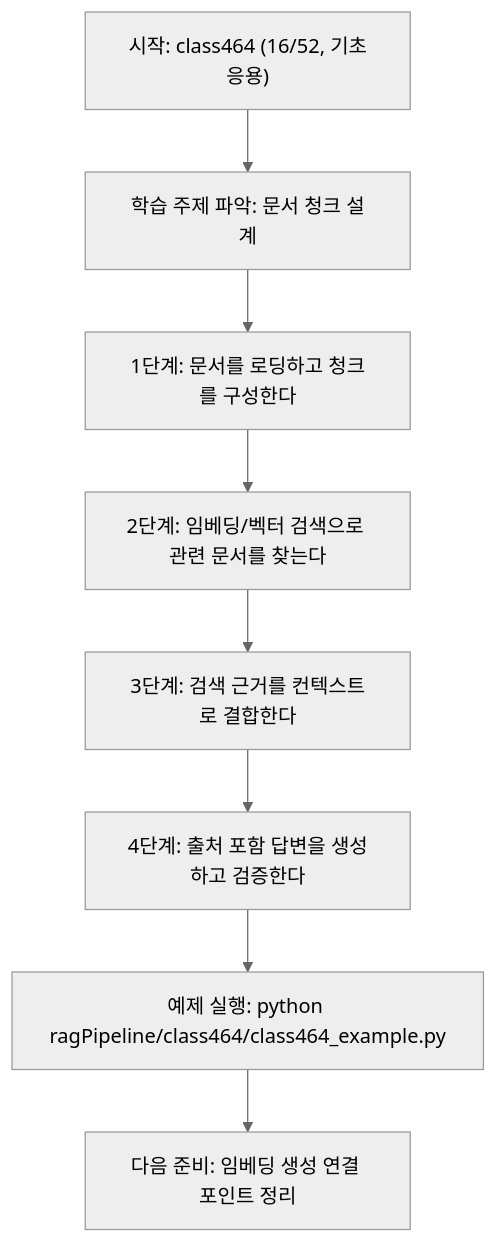
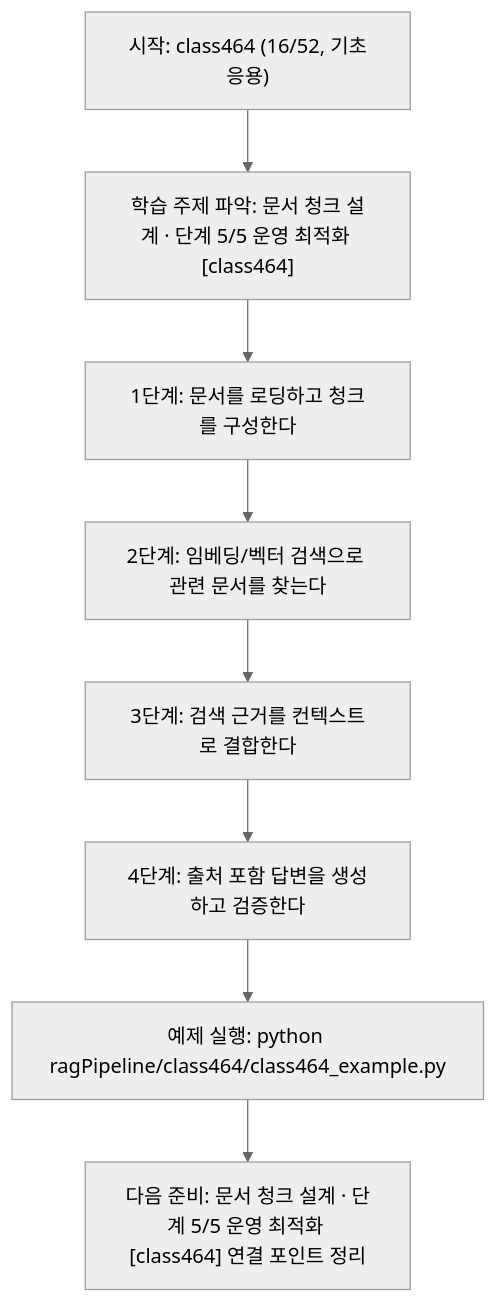
One commit to edumgt/Python-AI_Agent-Class changed the diagram in ragPipeline/class464/class464.md. Above: the diagram before and after it, drawn with Mermaid (neutral theme). The commit also changed other lines of this file and 522 other files, not shown here.

````diff
--- a/ragPipeline/class464/class464.md
+++ b/ragPipeline/class464/class464.md
@@ -110,18 +111,18 @@
 ```mermaid
 flowchart TD
 N1["시작: class464 (16/52, 기초응용)"]
-N2["학습 주제 파악: 문서 청크 설계"]
+N2["학습 주제 파악: 문서 청크 설계 · 단계 5/5 운영 최적화 [class464]"]
 N3["1단계: 문서를 로딩하고 청크를 구성한다"]
 N4["2단계: 임베딩/벡터 검색으로 관련 문서를 찾는다"]
 N5["3단계: 검색 근거를 컨텍스트로 결합한다"]
 N6["4단계: 출처 포함 답변을 생성하고 검증한다"]
 N7["예제 실행: python ragPipeline/class464/class464_example.py"]
-N8["다음 준비: 임베딩 생성 연결 포인트 정리"]
+N8["다음 준비: 문서 청크 설계 · 단계 5/5 운영 최적화 [class464] 연결 포인트 정리"]
 N1 --> N2
 N2 --> N3
 N3 --> N4
 N4 --> N5
 N5 --> N6
 N6 --> N7
 N7 --> N8
 ```
````
